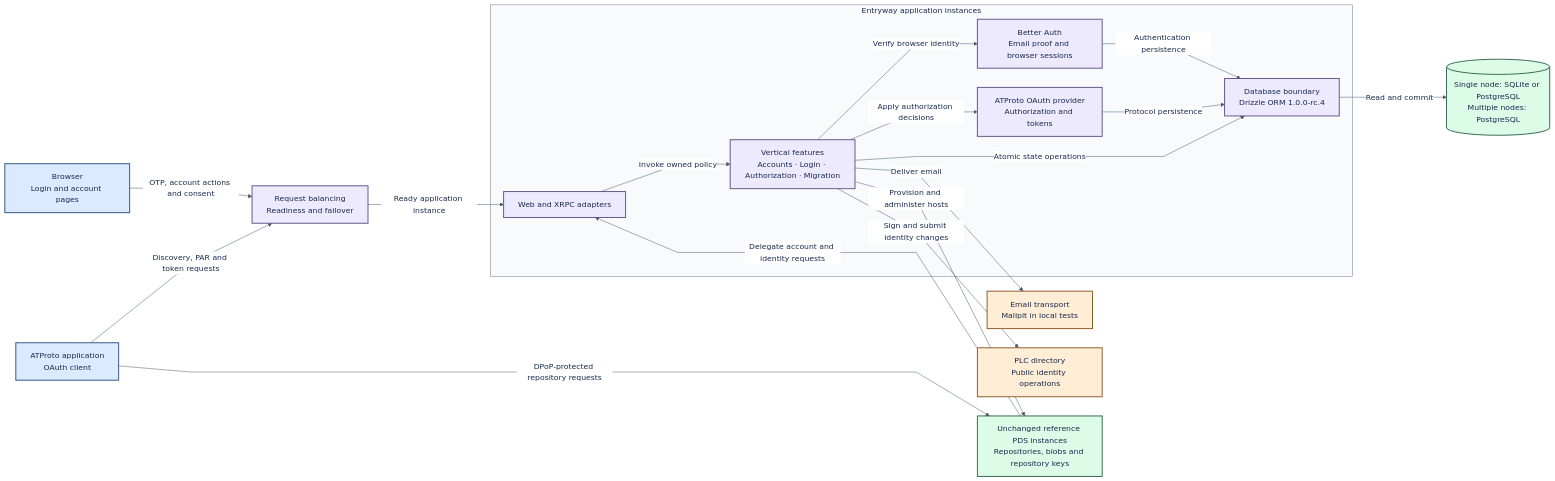
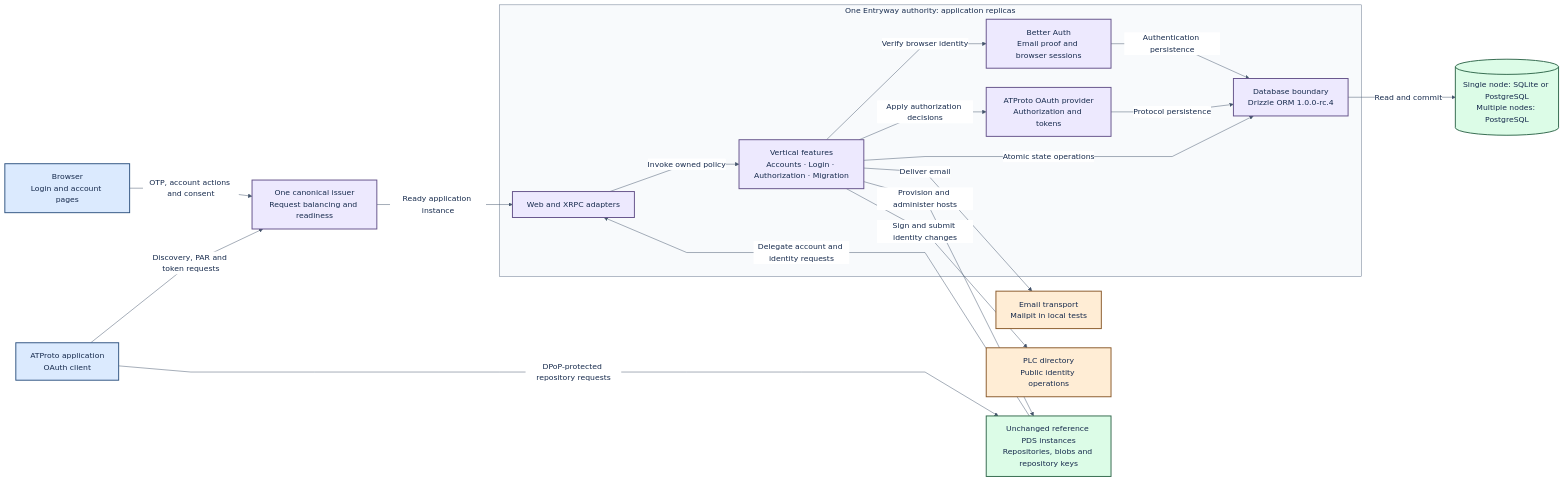
One commit to hypercerts-org/hypercerts-entryway changed the first of 3 diagrams in docs/architecture.md. Above: the diagram before and after it, drawn with Mermaid. The commit also changed other lines of this file and 4 other files, not shown here.

Commit message:
Document operator onboarding and isolated Entryway authority

````diff
--- a/docs/architecture.md
+++ b/docs/architecture.md
@@ -52,42 +61,42 @@
 ```mermaid
 %%{init: {"theme":"base","themeVariables":{"background":"#FFFFFF","primaryTextColor":"#172B4D","lineColor":"#45556C","edgeLabelBackground":"#FFFFFF","fontFamily":"Arial"},"flowchart":{"nodeSpacing":40,"rankSpacing":55,"curve":"linear"}}}%%
 flowchart LR
   browser["Browser<br/>Login and account pages"]
   client["ATProto application<br/>OAuth client"]
-  ingress["Request balancing<br/>Readiness and failover"]
-  subgraph entryway["Entryway application instances"]
+  ingress["One canonical issuer<br/>Request balancing and readiness"]
+  subgraph entryway["One Entryway authority: application replicas"]
     api["Web and XRPC adapters"]
     domains["Vertical features<br/>Accounts · Login · Authorization · Migration"]
     ba["Better Auth<br/>Email proof and browser sessions"]
     oauth["ATProto OAuth provider<br/>Authorization and tokens"]
     storage["Database boundary<br/>Drizzle ORM 1.0.0-rc.4"]
   end
   store[("Single node: SQLite or PostgreSQL<br/>Multiple nodes: PostgreSQL")]
   pds["Unchanged reference PDS instances<br/>Repositories, blobs and repository keys"]
   plc["PLC directory<br/>Public identity operations"]
   mail["Email transport<br/>Mailpit in local tests"]
   browser -->|"OTP, account actions and consent"| ingress
   client -->|"Discovery, PAR and token requests"| ingress
   ingress -->|"Ready application instance"| api
   api -->|"Invoke owned policy"| domains
   domains -->|"Verify browser identity"| ba
   domains -->|"Apply authorization decisions"| oauth
   domains -->|"Atomic state operations"| storage
   ba -->|"Authentication persistence"| storage
   oauth -->|"Protocol persistence"| storage
   storage -->|"Read and commit"| store
   domains -->|"Deliver email"| mail
   domains -->|"Provision and administer hosts"| pds
   pds -->|"Delegate account and identity requests"| api
   domains -->|"Sign and submit identity changes"| plc
   client -->|"DPoP-protected repository requests"| pds
   classDef blue fill:#DBEAFE,stroke:#315582,color:#172B4D,stroke-width:2px;
   classDef violet fill:#EDE9FE,stroke:#65538A,color:#172B4D,stroke-width:2px;
   classDef mint fill:#DCFCE7,stroke:#32694D,color:#172B4D,stroke-width:2px;
   classDef peach fill:#FFEDD5,stroke:#8A5A2B,color:#172B4D,stroke-width:2px;
   class browser,client blue;
   class ingress,api,domains,ba,oauth,storage violet;
   class pds,store mint;
   class plc,mail peach;
   style entryway fill:#F8FAFC,stroke:#64748B,color:#172B4D
 ```
````
